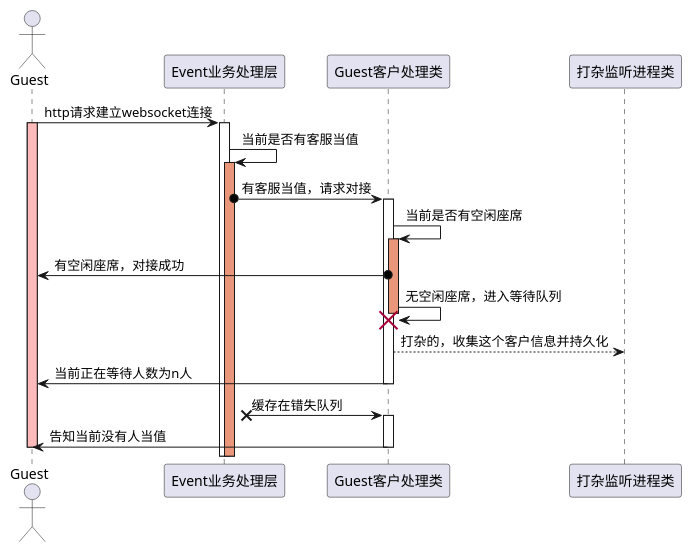
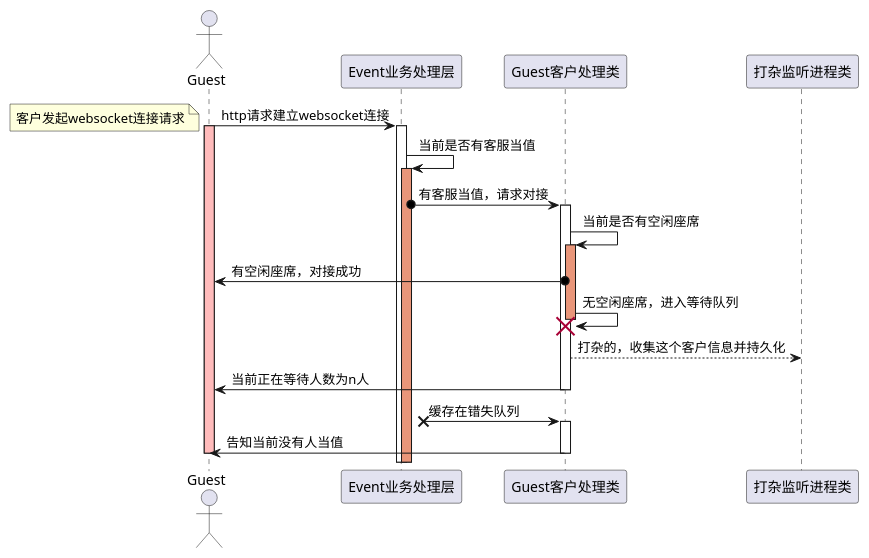
One commit to eletronchat/eletronchat_doc changed the diagram in docs/dev/framework.md. Above: the diagram before and after it, drawn with PlantUML.

Commit message:
编辑《客户连接uml图示》

````diff
--- a/docs/dev/framework.md
+++ b/docs/dev/framework.md
@@ -91,35 +91,37 @@
 ```plantuml
 @startuml
 actor Guest
 Guest->Event业务处理层:http请求建立websocket连接
 activate Guest #FFBBBB
 activate Event业务处理层
 
+note left: 客户发起websocket连接请求
 Event业务处理层->Event业务处理层:当前是否有客服当值
 activate Event业务处理层 #DarkSalmon
+
 
 Event业务处理层 o-> Guest客户处理类:有客服当值，请求对接
 activate Guest客户处理类
 
 Guest客户处理类 -> Guest客户处理类: 当前是否有空闲座席
 activate Guest客户处理类 #DarkSalmon
 
 Guest客户处理类 o-> Guest: 有空闲座席，对接成功
 
 Guest客户处理类 -> Guest客户处理类:无空闲座席，进入等待队列
 destroy Guest客户处理类
 
 Guest客户处理类 --> 打杂监听进程类: 打杂的，收集这个客户信息并持久化
 
 Guest客户处理类 -> Guest: 当前正在等待人数为n人
 deactivate Guest客户处理类
 
 Event业务处理层 x-> Guest客户处理类:缓存在错失队列
 activate Guest客户处理类
 
 Guest客户处理类 -> Guest:告知当前没有人当值
 deactivate Guest客户处理类 
 deactivate Guest
 
 @enduml
 ```
````
